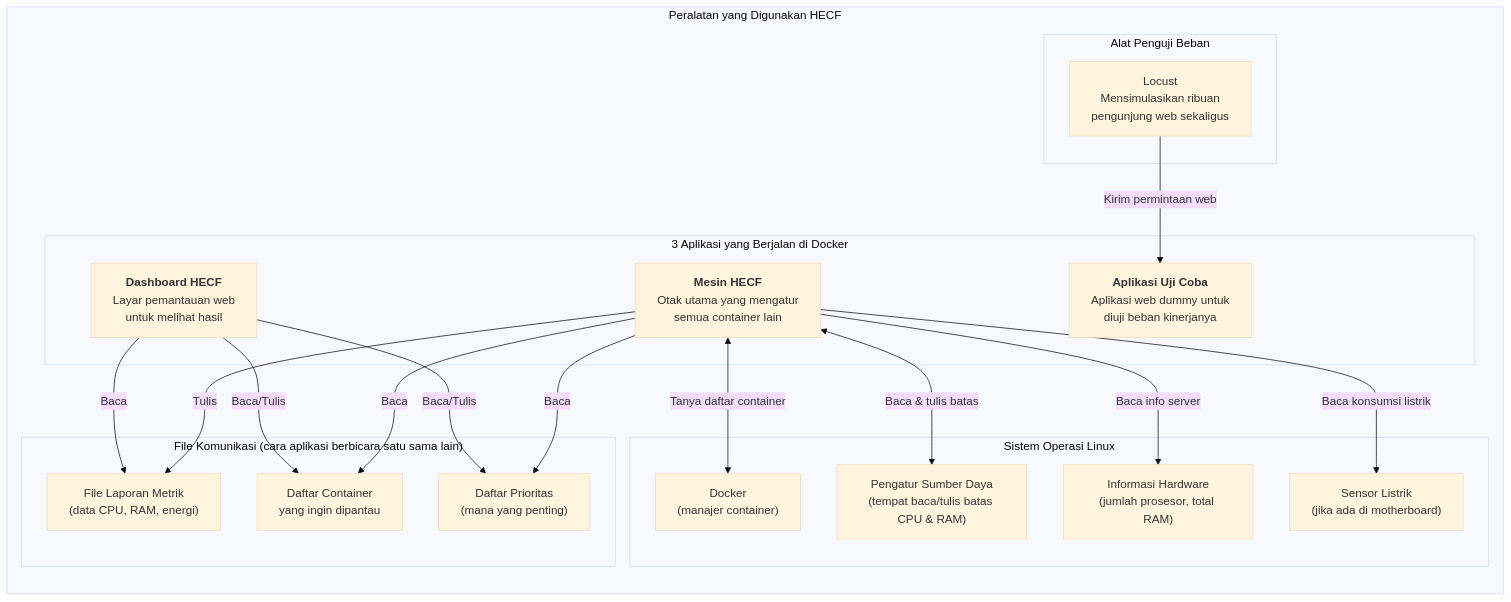
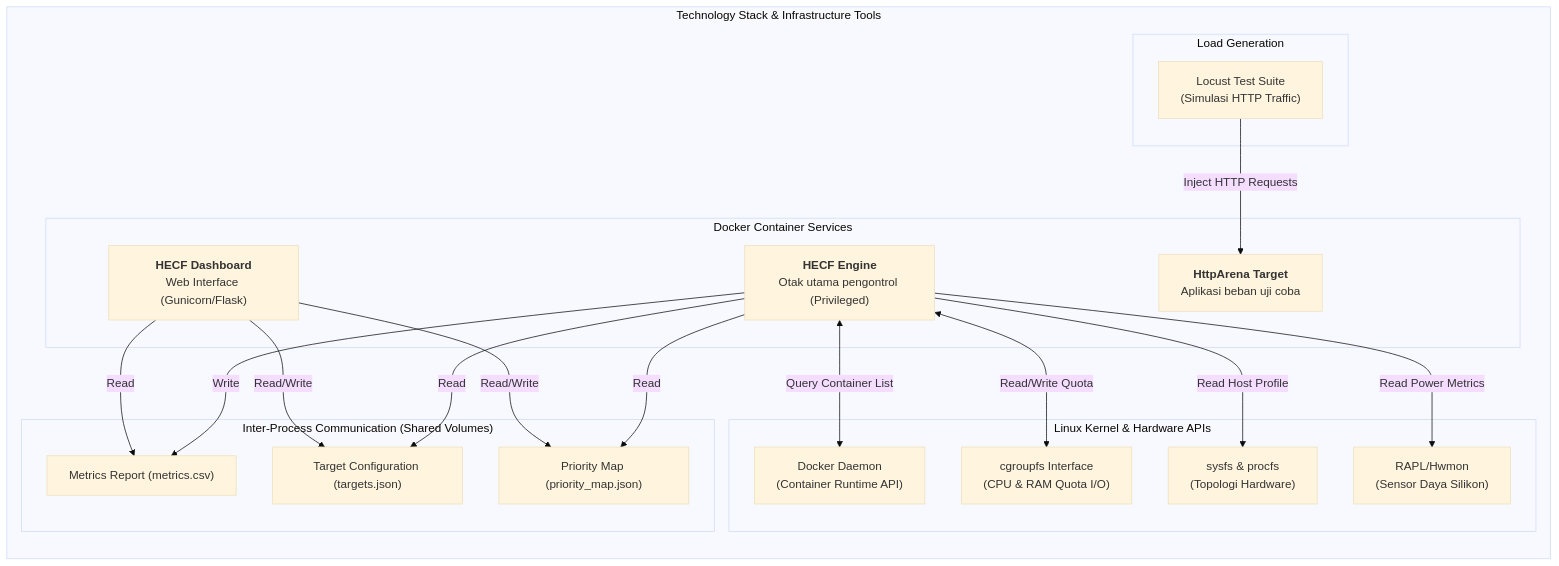
One commit to fauzanreza/green-container-framework changed the second of 2 diagrams in architecture-diagrams/00-concept/tools_infrastructure.md. Above: the diagram before and after it, drawn with Mermaid (base theme). The commit also changed other lines of this file and 13 other files, not shown here.

Commit message:
edit fitur, menambahkan Architecture Diagram

````diff
--- a/architecture-diagrams/00-concept/tools_infrastructure.md
+++ b/architecture-diagrams/00-concept/tools_infrastructure.md
@@ -78,44 +78,44 @@
 ```mermaid
 flowchart TB
-    subgraph INFRA["Peralatan yang Digunakan HECF"]
+    subgraph INFRA["Technology Stack & Infrastructure Tools"]
         direction TB
 
-        subgraph APPS["3 Aplikasi yang Berjalan di Docker"]
-            MESIN["<b>Mesin HECF</b><br/>Otak utama yang mengatur<br/>semua container lain"]
-            LAYAR["<b>Dashboard HECF</b><br/>Layar pemantauan web<br/>untuk melihat hasil"]
-            BENCHMARK["<b>Aplikasi Uji Coba</b><br/>Aplikasi web dummy untuk<br/>diuji beban kinerjanya"]
+        subgraph APPS["Docker Container Services"]
+            MESIN["<b>HECF Engine</b><br/>Otak utama pengontrol (Privileged)"]
+            LAYAR["<b>HECF Dashboard</b><br/>Web Interface (Gunicorn/Flask)"]
+            BENCHMARK["<b>HttpArena Target</b><br/>Aplikasi beban uji coba"]
         end
 
-        subgraph FILE["File Komunikasi (cara aplikasi berbicara satu sama lain)"]
-            LAPORAN["File Laporan Metrik<br/>(data CPU, RAM, energi)"]
-            DAFTAR["Daftar Container<br/>yang ingin dipantau"]
-            PRIORITAS["Daftar Prioritas<br/>(mana yang penting)"]
+        subgraph FILE["Inter-Process Communication (Shared Volumes)"]
+            LAPORAN["Metrics Report (metrics.csv)"]
+            DAFTAR["Target Configuration (targets.json)"]
+            PRIORITAS["Priority Map (priority_map.json)"]
         end
 
-        subgraph OS["Sistem Operasi Linux"]
-            PENGATUR["Pengatur Sumber Daya<br/>(tempat baca/tulis batas CPU & RAM)"]
-            INFO["Informasi Hardware<br/>(jumlah prosesor, total RAM)"]
-            LISTRIK["Sensor Listrik<br/>(jika ada di motherboard)"]
-            DOCKER_API["Docker<br/>(manajer container)"]
+        subgraph OS["Linux Kernel & Hardware APIs"]
+            PENGATUR["cgroupfs Interface<br/>(CPU & RAM Quota I/O)"]
+            INFO["sysfs & procfs<br/>(Topologi Hardware)"]
+            LISTRIK["RAPL/Hwmon<br/>(Sensor Daya Silikon)"]
+            DOCKER_API["Docker Daemon<br/>(Container Runtime API)"]
         end
 
-        subgraph PENGUJI["Alat Penguji Beban"]
-            LOCUST["Locust<br/>Mensimulasikan ribuan<br/>pengunjung web sekaligus"]
+        subgraph PENGUJI["Load Generation"]
+            LOCUST["Locust Test Suite<br/>(Simulasi HTTP Traffic)"]
         end
 
-        MESIN -->|"Tulis"| LAPORAN
-        MESIN -->|"Baca"| DAFTAR
-        MESIN -->|"Baca"| PRIORITAS
+        MESIN -->|"Write"| LAPORAN
+        MESIN -->|"Read"| DAFTAR
+        MESIN -->|"Read"| PRIORITAS
 
-        LAYAR -->|"Baca"| LAPORAN
-        LAYAR -->|"Baca/Tulis"| DAFTAR
-        LAYAR -->|"Baca/Tulis"| PRIORITAS
+        LAYAR -->|"Read"| LAPORAN
+        LAYAR -->|"Read/Write"| DAFTAR
+        LAYAR -->|"Read/Write"| PRIORITAS
 
-        MESIN <-->|"Tanya daftar container"| DOCKER_API
-        MESIN <-->|"Baca & tulis batas"| PENGATUR
-        MESIN -->|"Baca info server"| INFO
-        MESIN -->|"Baca konsumsi listrik"| LISTRIK
+        MESIN <-->|"Query Container List"| DOCKER_API
+        MESIN <-->|"Read/Write Quota"| PENGATUR
+        MESIN -->|"Read Host Profile"| INFO
+        MESIN -->|"Read Power Metrics"| LISTRIK
 
-        LOCUST -->|"Kirim permintaan web"| BENCHMARK
+        LOCUST -->|"Inject HTTP Requests"| BENCHMARK
     end
 ```
````
